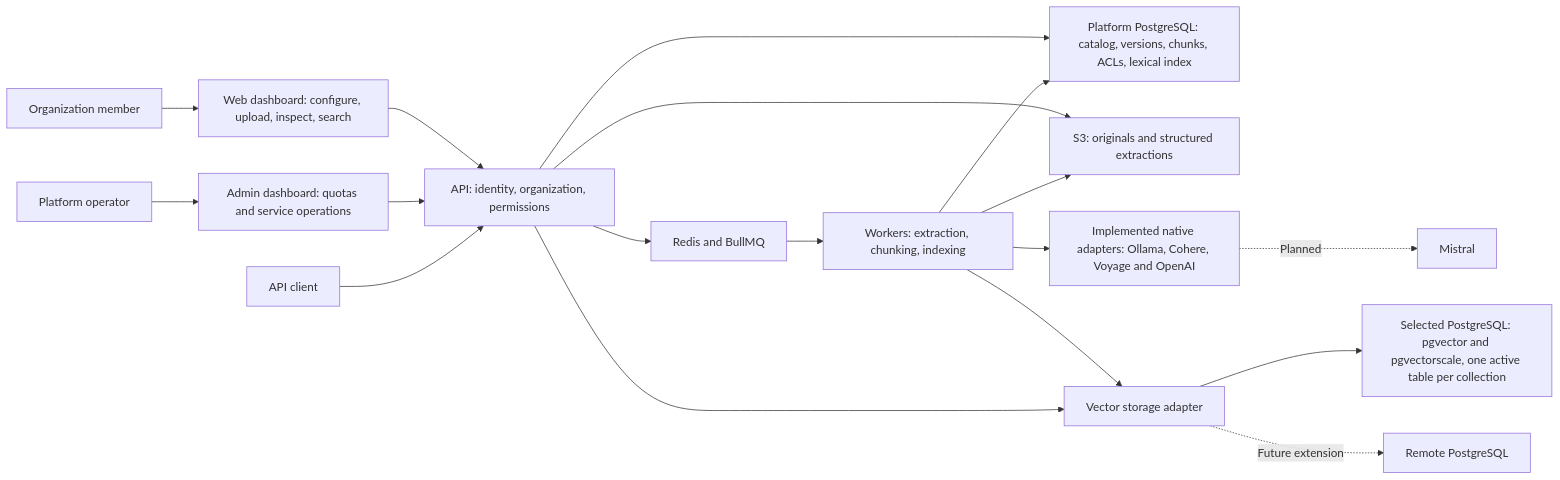
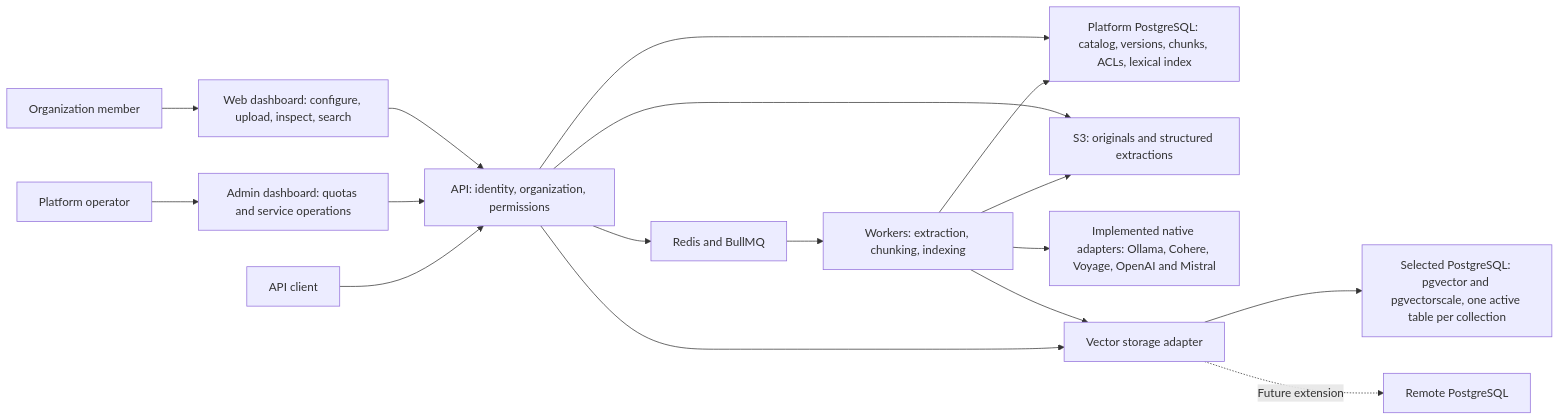
One commit to SimonLoir/vectorix changed the first of 5 diagrams in docs/rag-implementation-plan.md. Above: the diagram before and after it, drawn with Mermaid. The commit also changed other lines of this file and 33 other files, not shown here.

Commit message:
feat(rag): add native Mistral indexing and search

````diff
--- a/docs/rag-implementation-plan.md
+++ b/docs/rag-implementation-plan.md
@@ -24,20 +24,19 @@
 ```mermaid
 flowchart LR
     U["Organization member"] --> WEB["Web dashboard: configure, upload, inspect, search"]
     OP["Platform operator"] --> ADMIN["Admin dashboard: quotas and service operations"]
     WEB --> API["API: identity, organization, permissions"]
     ADMIN --> API
     CLIENT["API client"] --> API
     API --> APP["Platform PostgreSQL: catalog, versions, chunks, ACLs, lexical index"]
     API --> S3["S3: originals and structured extractions"]
     API --> QUEUE["Redis and BullMQ"]
     QUEUE --> WORKER["Workers: extraction, chunking, indexing"]
     WORKER --> APP
     WORKER --> S3
-    WORKER --> EMB["Implemented native adapters: Ollama, Cohere, Voyage and OpenAI"]
-    EMB -. "Planned" .-> MORE["Mistral"]
+    WORKER --> EMB["Implemented native adapters: Ollama, Cohere, Voyage, OpenAI and Mistral"]
     WORKER --> VS["Vector storage adapter"]
     API --> VS
     VS --> PG["Selected PostgreSQL: pgvector and pgvectorscale, one active table per collection"]
     VS -. "Future extension" .-> REMOTE["Remote PostgreSQL"]
 ```
````
